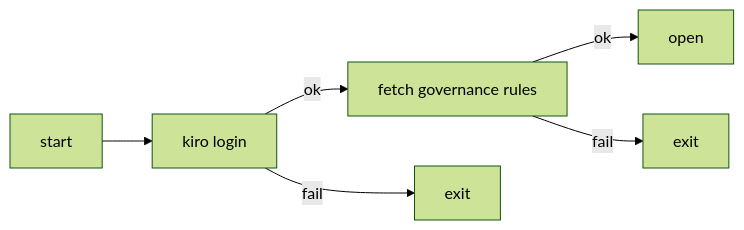
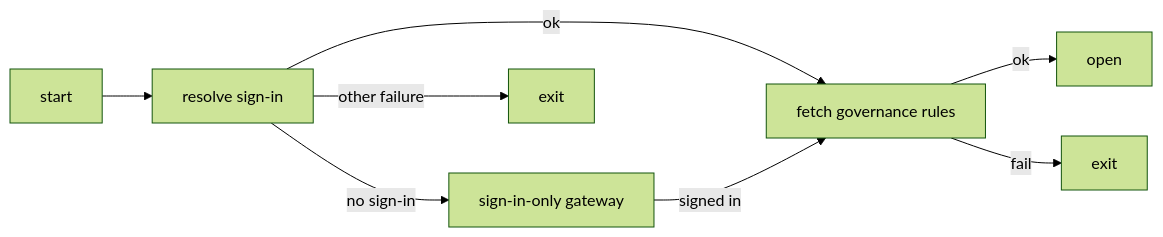
One commit to kirodotdev/KiroCrew changed the diagram in docs/request-for-change/rfc-crew-enterprise-edition.md. Above: the diagram before and after it, drawn with Mermaid (forest theme). The commit also changed other lines of this file and 1 other file, not shown here.

First line of the commit message:
docs(rfc): enterprise edition D4 one sign-in and D5 signed-out sign-in screen

````diff
--- a/docs/request-for-change/rfc-crew-enterprise-edition.md
+++ b/docs/request-for-change/rfc-crew-enterprise-edition.md
@@ -61,8 +61,10 @@
 ```mermaid
 flowchart LR
-    S[start] --> L[kiro login]
+    S[start] --> L[resolve sign-in]
     L -->|ok| F[fetch governance rules]
-    L -->|fail| X1[exit]
+    L -->|no sign-in| G[sign-in-only gateway]
+    G -->|signed in| F
+    L -->|other failure| X1[exit]
     F -->|ok| O[open]
     F -->|fail| X2[exit]
 ```
````
